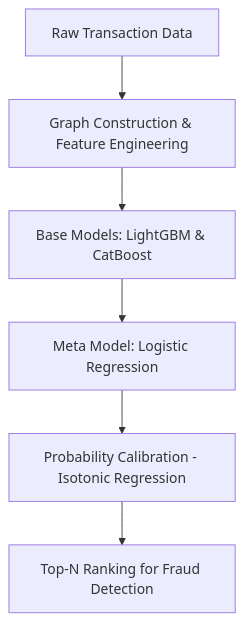
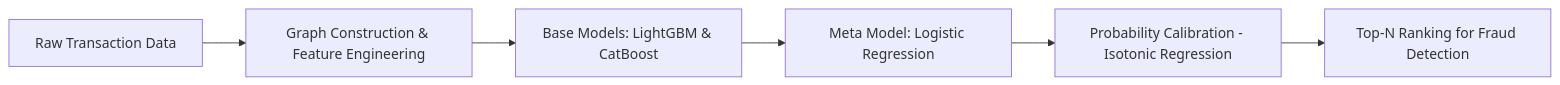
Before and after one commit to vaal4ds/SUS8-Hackathon: the diagram in README.md, drawn with Mermaid. The commit also changed other lines of this file, not shown here.

````diff
--- a/README.md
+++ b/README.md
@@ -116,8 +115,8 @@
 ```mermaid
-flowchart TD
+flowchart LR
     A[Raw Transaction Data] --> B[Graph Construction & Feature Engineering]
     B --> C[Base Models: LightGBM & CatBoost]
     C --> D[Meta Model: Logistic Regression]
     D --> E[Probability Calibration - Isotonic Regression]
     E --> F[Top-N Ranking for Fraud Detection]
 ```
````
